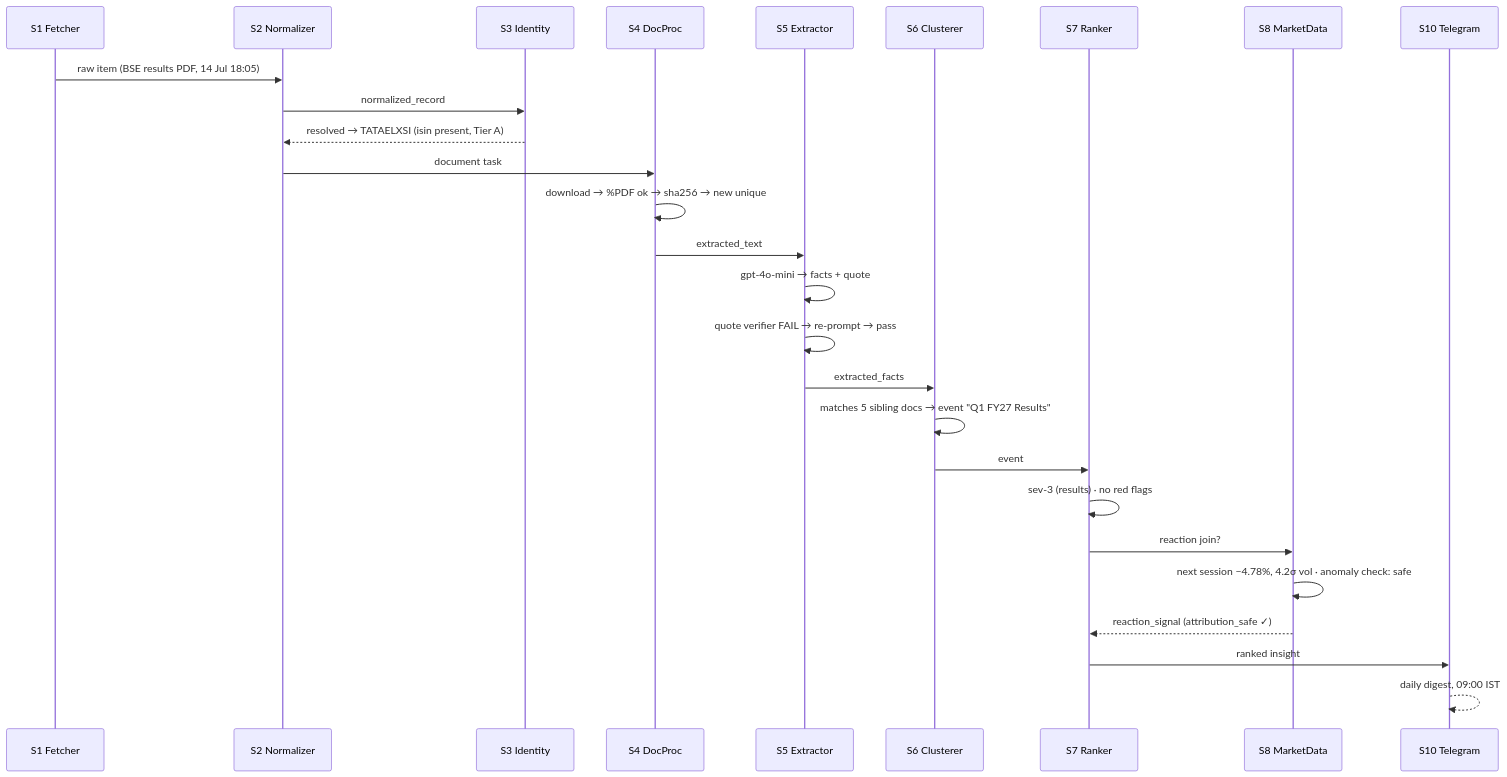
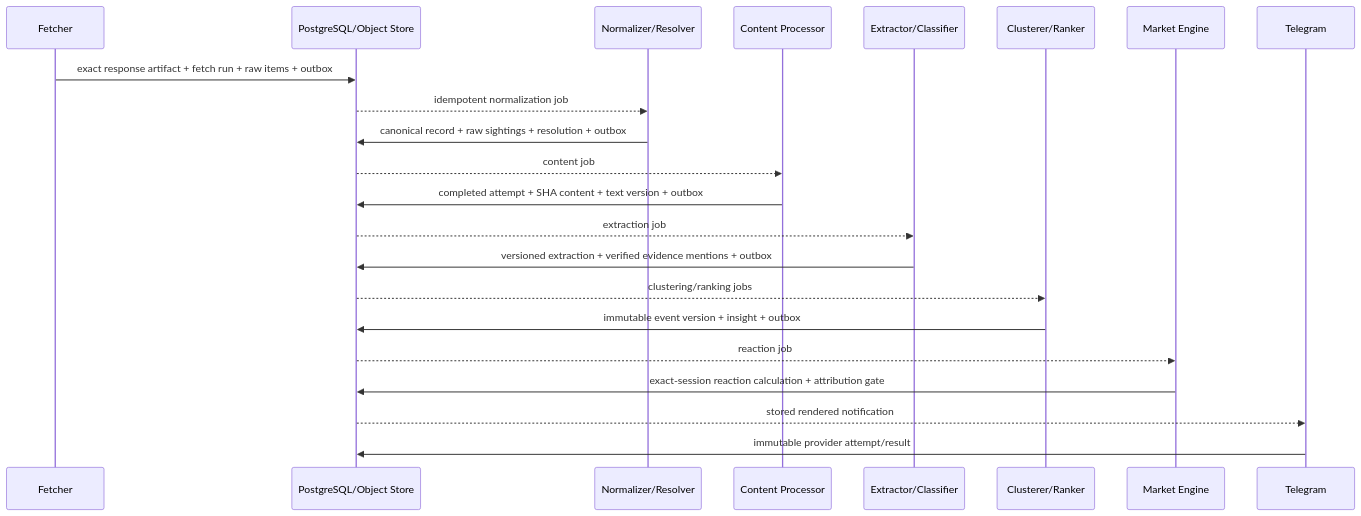
The third of 3 diagrams in docs/architecture-hld.md (product-noob/stock-tracker), drawn with Mermaid before and after one commit. The commit also changed other lines of this file and 6 other files, not shown here.

Commit message:
feat(db): redesign schema for auditable pipeline

````diff
--- a/docs/architecture-hld.md
+++ b/docs/architecture-hld.md
@@ -262,30 +410,25 @@
 ```mermaid
 sequenceDiagram
-    participant F as S1 Fetcher
-    participant N as S2 Normalizer
-    participant I as S3 Identity
-    participant D as S4 DocProc
-    participant L as S5 Extractor
-    participant C as S6 Clusterer
-    participant R as S7 Ranker
-    participant M as S8 MarketData
-    participant T as S10 Telegram
+    participant F as Fetcher
+    participant P as PostgreSQL/Object Store
+    participant N as Normalizer/Resolver
+    participant D as Content Processor
+    participant X as Extractor/Classifier
+    participant C as Clusterer/Ranker
+    participant M as Market Engine
+    participant T as Telegram
 
-    F->>N: raw item (BSE results PDF, 14 Jul 18:05)
-    N->>I: normalized_record
-    I-->>N: resolved → TATAELXSI (isin present, Tier A)
-    N->>D: document task
-    D->>D: download → %PDF ok → sha256 → new unique
-    D->>L: extracted_text
-    L->>L: gpt-4o-mini → facts + quote
-    L->>L: quote verifier FAIL → re-prompt → pass
-    L->>C: extracted_facts
-    C->>C: matches 5 sibling docs → event "Q1 FY27 Results"
-    C->>R: event
-    R->>R: sev-3 (results) · no red flags
-    R->>M: reaction join?
-    M->>M: next session −4.78%, 4.2σ vol · anomaly check: safe
-    M-->>R: reaction_signal (attribution_safe ✓)
-    R->>T: ranked insight
-    T-->>T: daily digest, 09:00 IST
+    F->>P: exact response artifact + fetch run + raw items + outbox
+    P-->>N: idempotent normalization job
+    N->>P: canonical record + raw sightings + resolution + outbox
+    P-->>D: content job
+    D->>P: completed attempt + SHA content + text version + outbox
+    P-->>X: extraction job
+    X->>P: versioned extraction + verified evidence mentions + outbox
+    P-->>C: clustering/ranking jobs
+    C->>P: immutable event version + insight + outbox
+    P-->>M: reaction job
+    M->>P: exact-session reaction calculation + attribution gate
+    P-->>T: stored rendered notification
+    T->>P: immutable provider attempt/result
 ```
````
